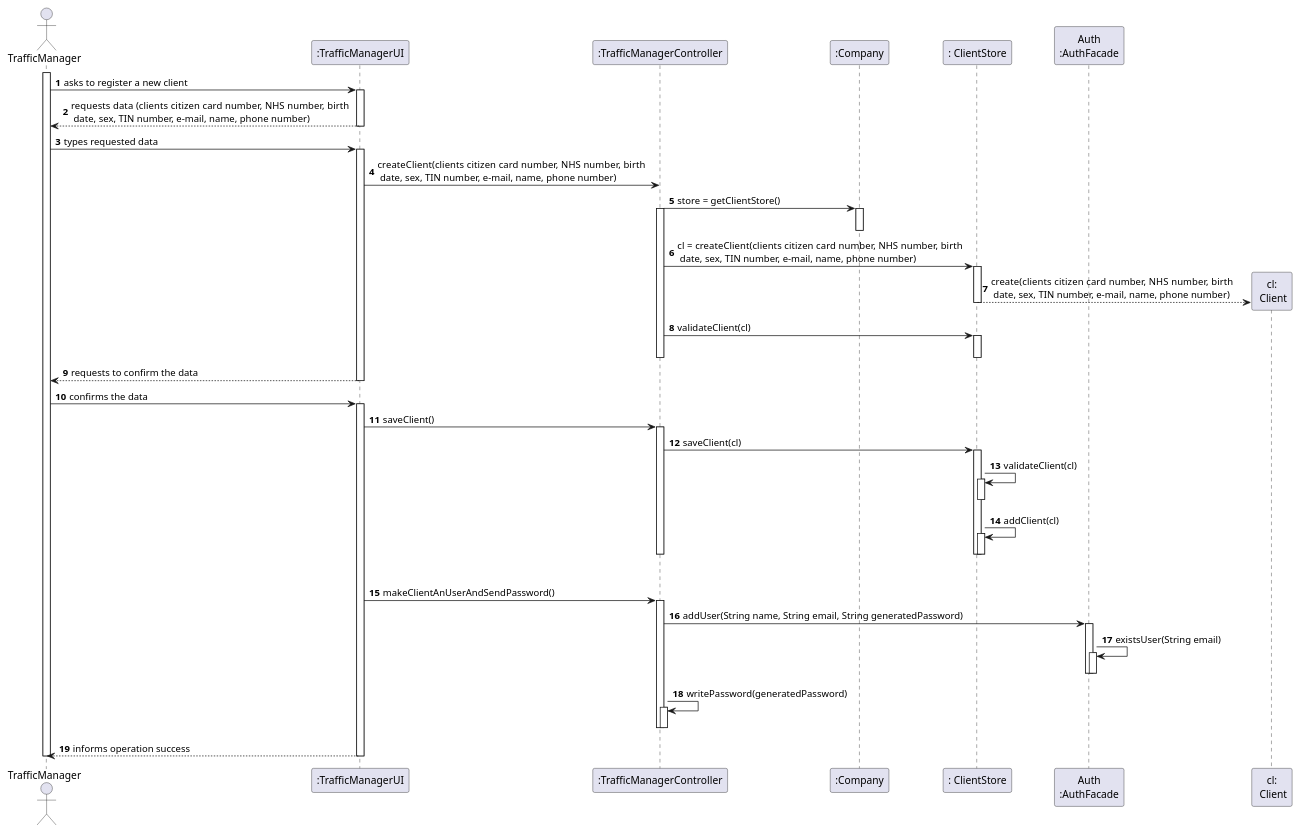
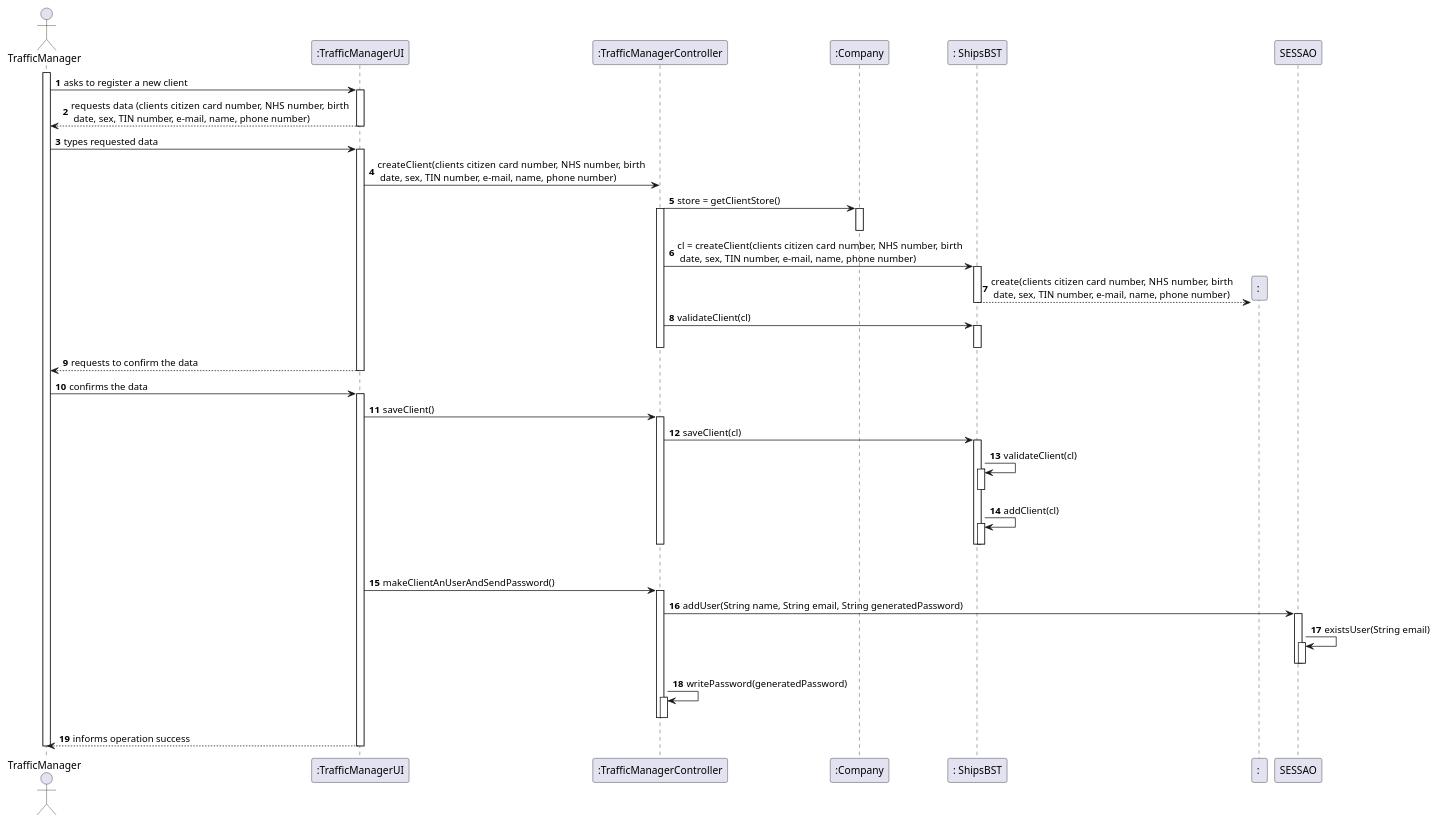
Before and after one commit to ana-albergaria/LAPR3-ISEP: the diagram in docs/US104/SD_104.puml, drawn with PlantUML. The commit also changed 6 other files, not shown here.

```diff
--- a/docs/US104/SD_104.puml
+++ b/docs/US104/SD_104.puml
@@ -1,89 +1,88 @@
 @startuml
 autonumber
 'hide footbox
 actor "TrafficManager" as RC
 
 participant ":TrafficManagerUI" as UI
 participant ":TrafficManagerController" as CTRL
 participant ":Company" as CP
-participant ": ClientStore" as CS
-participant "Auth\n:AuthFacade" as SESSAO
-participant "cl:\n Client" as CL
+participant ": ShipsBST" as CS
+participant ": " as CL
 
 
 activate RC
 RC -> UI : asks to register a new client
 activate UI
 UI --> RC : requests data (clients citizen card number, NHS number,  birth \n date, sex, TIN number, e-mail, name, phone number)
 deactivate UI
 
 RC -> UI : types requested data
 activate UI
 
 UI -> CTRL : createClient(clients citizen card number, NHS number,  birth \n date, sex, TIN number, e-mail, name, phone number)
 
 CTRL -> CP : store = getClientStore()
 activate CP
 deactivate CP
 activate CTRL
 CTRL -> CS : cl = createClient(clients citizen card number, NHS number,  birth \n date, sex, TIN number, e-mail, name, phone number)
 activate CS
 CS -->  CL** : create(clients citizen card number, NHS number,  birth \n date, sex, TIN number, e-mail, name, phone number)
 deactivate CS
 
 CTRL -> CS : validateClient(cl)
 activate CS
 
 deactivate CS
 deactivate CTRL
 
 UI --> RC : requests to confirm the data
 deactivate CS
 deactivate UI
 
 RC -> UI : confirms the data
 activate UI
 
 UI -> CTRL : saveClient()
 activate CTRL
 
 CTRL -> CS : saveClient(cl)
 activate CS
 CS -> CS : validateClient(cl)
 activate CS
 deactivate CS
 CS -> CS : addClient(cl)
 activate CS
 deactivate CS
 |||
 deactivate CS
 deactivate CTRL
 UI -> CTRL : makeClientAnUserAndSendPassword()
 activate CTRL
 
 CTRL -> SESSAO : addUser(String name, String email, String generatedPassword)
 activate SESSAO
 SESSAO -> SESSAO : existsUser(String email)
 activate SESSAO
 deactivate SESSAO
 deactivate SESSAO
 
 CTRL -> CTRL : writePassword(generatedPassword)
 activate CTRL
 deactivate CTRL
 deactivate CTRL
 
 UI --> RC: informs operation success
 
 deactivate CP
 deactivate CTRL
 deactivate UI
 
 
 
 deactivate CTRL
 deactivate UI
 
 deactivate RC
 
 @enduml
```
